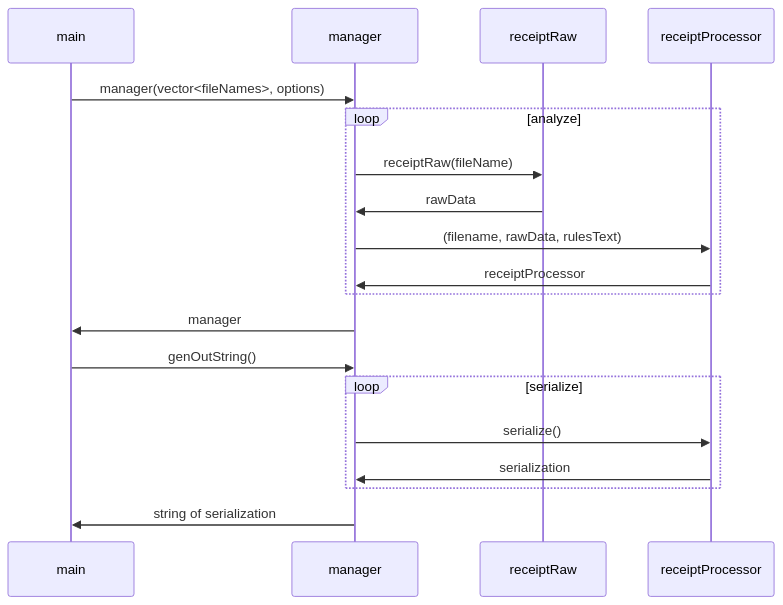
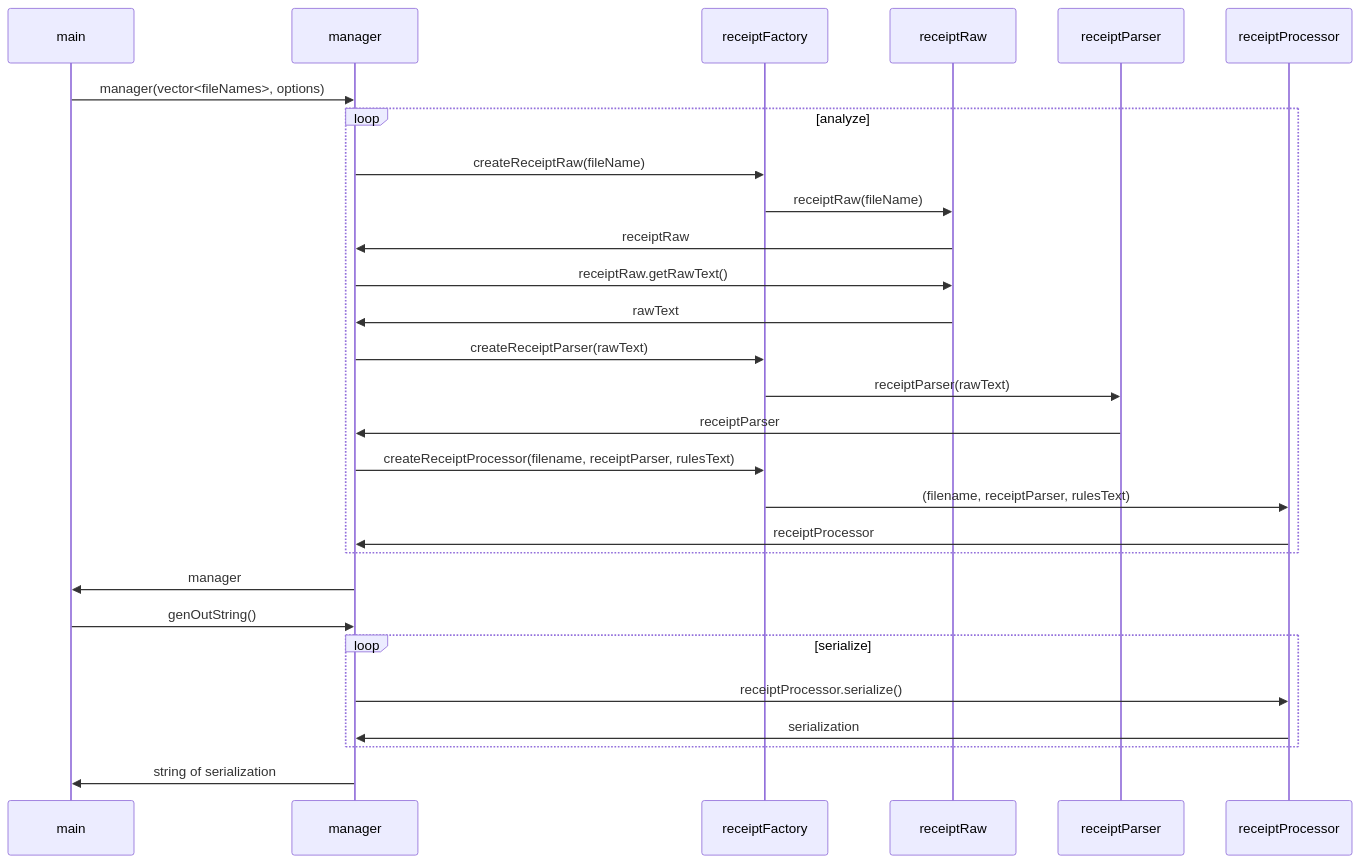
Before and after one commit to DJTakushi/receiptReader: the second of 2 diagrams in README.md, drawn with Mermaid. The commit also changed other lines of this file, not shown here.

````diff
--- a/README.md
+++ b/README.md
@@ -87,17 +127,26 @@
 ```mermaid
 sequenceDiagram
   main ->> manager: manager(vector<fileNames>, options)
   loop analyze
-    manager->>receiptRaw: receiptRaw(fileName)
-    receiptRaw->>manager: rawData
-    manager->>receiptProcessor: (filename, rawData, rulesText)
+    manager->>receiptFactory: createReceiptRaw(fileName)
+    receiptFactory->>receiptRaw: receiptRaw(fileName)
+    receiptRaw->>manager: receiptRaw
+    manager->>receiptRaw: receiptRaw.getRawText()
+    receiptRaw->>manager: rawText
+
+    manager->>receiptFactory: createReceiptParser(rawText)
+    receiptFactory->>receiptParser: receiptParser(rawText)
+    receiptParser->>manager: receiptParser
+
+    manager->>receiptFactory: createReceiptProcessor(filename, receiptParser, rulesText)
+    receiptFactory->>receiptProcessor: (filename, receiptParser, rulesText)
     receiptProcessor->>manager: receiptProcessor
   end
   manager ->> main: manager
   main ->> manager: genOutString()
   loop serialize
-    manager ->> receiptProcessor: serialize()
+    manager ->> receiptProcessor: receiptProcessor.serialize()
     receiptProcessor ->> manager : serialization
   end
   manager ->> main: string of serialization
 ```
````
